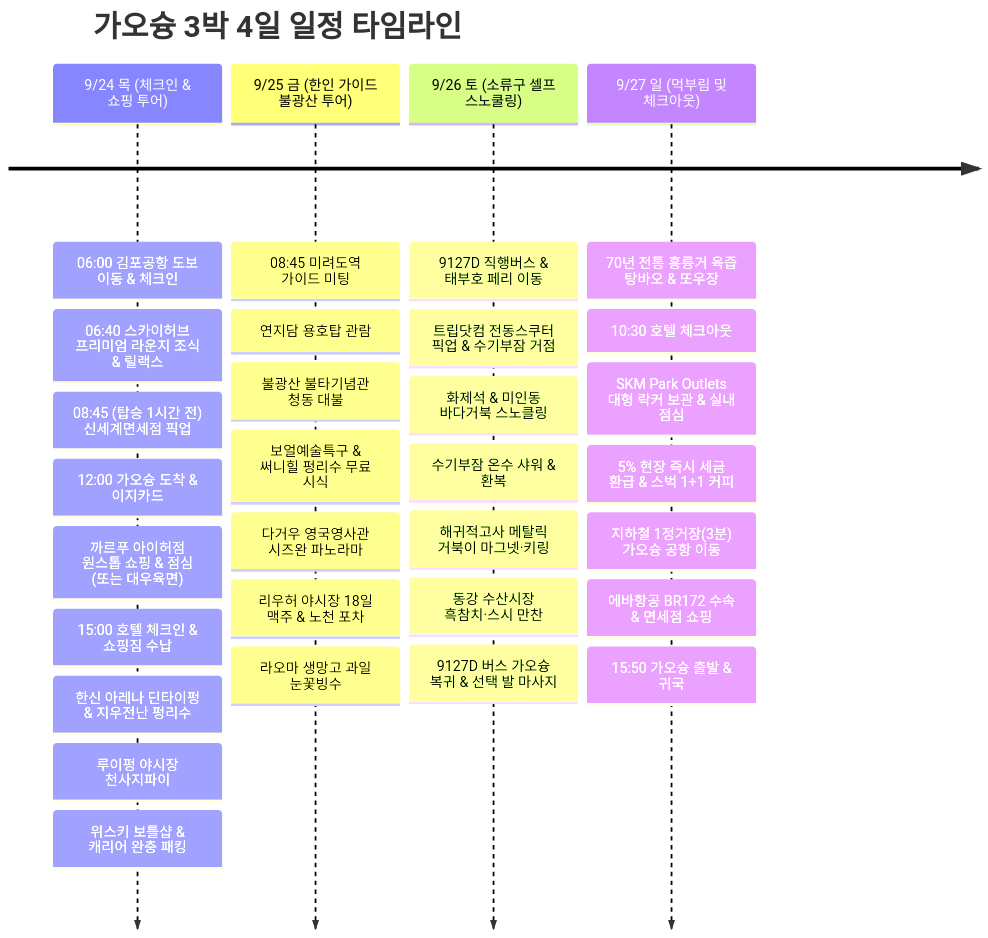
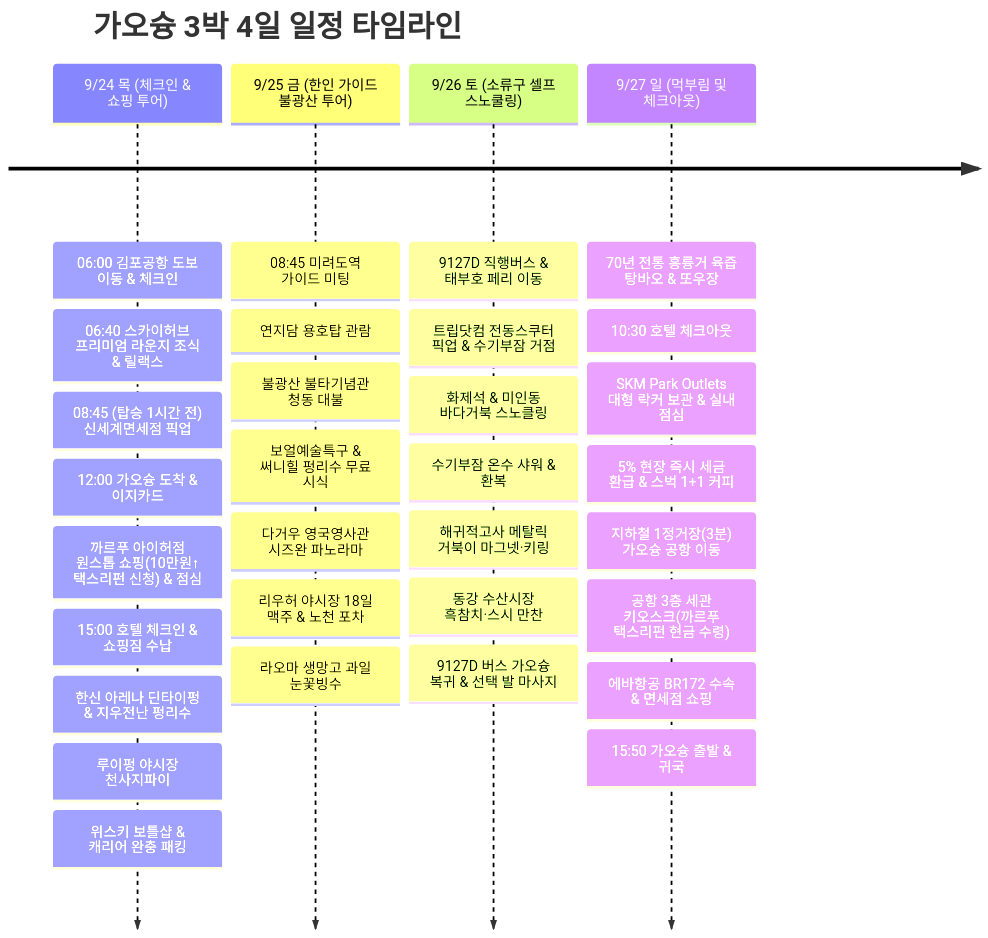
One commit to gongdongho12/commit-map changed the diagram in src/content/posts/2026-09-24-kaohsiung-xiaoliuqiu.md. Above: the diagram before and after it, drawn with Mermaid. The commit also changed other lines of this file, not shown here.

Commit message:
feat: add Carrefour 100k KRW tax refund claim and departure day airport customs refund flow

````diff
--- a/src/content/posts/2026-09-24-kaohsiung-xiaoliuqiu.md
+++ b/src/content/posts/2026-09-24-kaohsiung-xiaoliuqiu.md
@@ -355,34 +355,35 @@
 ```mermaid
 timeline
   title 가오슝 3박 4일 일정 타임라인
   9/24 목 (체크인 & 쇼핑 투어) : 06:00 김포공항 도보 이동 & 체크인
                        : 06:40 스카이허브 프리미엄 라운지 조식 & 릴랙스
                        : 08:45 (탑승 1시간 전) 신세계면세점 픽업
                        : 12:00 가오슝 도착 & 이지카드
-                       : 까르푸 아이허점 원스톱 쇼핑 & 점심 (또는 대우육면)
+                       : 까르푸 아이허점 원스톱 쇼핑(10만원↑ 택스리펀 신청) & 점심
                        : 15:00 호텔 체크인 & 쇼핑짐 수납
                        : 한신 아레나 딘타이펑 & 지우전난 펑리수
                        : 루이펑 야시장 천사지파이
                        : 위스키 보틀샵 & 캐리어 완충 패킹
   9/25 금 (한인 가이드 불광산 투어) : 08:45 미려도역 가이드 미팅
                        : 연지담 용호탑 관람
                        : 불광산 불타기념관 청동 대불
                        : 보얼예술특구 & 써니힐 펑리수 무료 시식
                        : 다거우 영국영사관 시즈완 파노라마
                        : 리우허 야시장 18일 맥주 & 노천 포차
                        : 라오마 생망고 과일 눈꽃빙수
   9/26 토 (소류구 셀프 스노쿨링) : 9127D 직행버스 & 태부호 페리 이동
                        : 트립닷컴 전동스쿠터 픽업 & 수기부잠 거점
                        : 화제석 & 미인동 바다거북 스노클링
                        : 수기부잠 온수 샤워 & 환복
                        : 해귀적고사 메탈릭 거북이 마그넷·키링
                        : 동강 수산시장 흑참치·스시 만찬
                        : 9127D 버스 가오슝 복귀 & 선택 발 마사지
   9/27 일 (먹부림 및 체크아웃) : 70년 전통 흥륭거 육즙 탕바오 & 또우장
                        : 10:30 호텔 체크아웃
                        : SKM Park Outlets 대형 락커 보관 & 실내 점심
                        : 5% 현장 즉시 세금 환급 & 스벅 1+1 커피
                        : 지하철 1정거장(3분) 가오슝 공항 이동
+                       : 공항 3층 세관 키오스크(까르푸 택스리펀 현금 수령)
                        : 에바항공 BR172 수속 & 면세점 쇼핑
                        : 15:50 가오슝 출발 & 귀국
 ```
````
